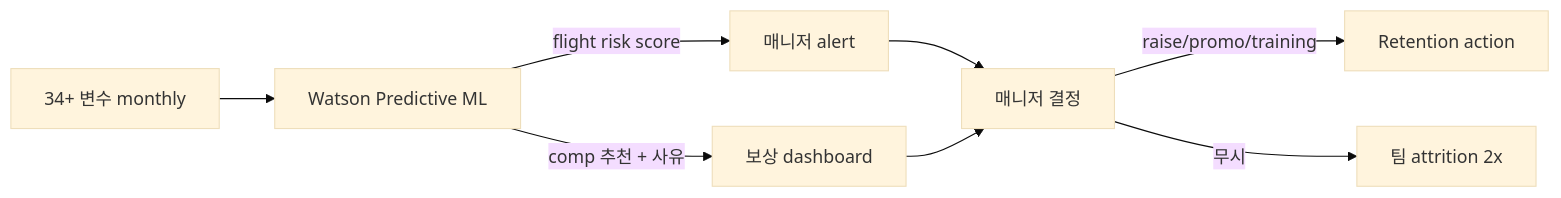
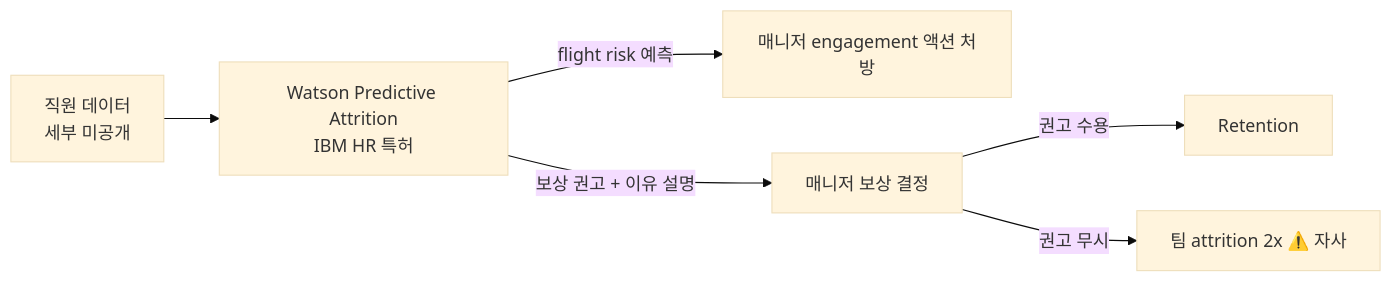
One commit to jameskim1st/hr-ai-benchmark changed the diagram in wiki/usecases/ibm-predictive-attrition-comp-ai.md. Above: the diagram before and after it, drawn with Mermaid (base theme). The commit also changed other lines of this file and 222 other files, not shown here.

````diff
--- a/wiki/usecases/ibm-predictive-attrition-comp-ai.md
+++ b/wiki/usecases/ibm-predictive-attrition-comp-ai.md
@@ -90,10 +92,8 @@
 ```mermaid
 flowchart LR
-    Data[34+ 변수 monthly] --> ML[Watson Predictive ML]
-    ML -->|flight risk score| Alert[매니저 alert]
-    ML -->|comp 추천 + 사유| Comp[보상 dashboard]
-    Alert --> Mgr[매니저 결정]
-    Comp --> Mgr
-    Mgr -->|raise/promo/training| Action[Retention action]
-    Mgr -->|무시| Risk[팀 attrition 2x]
+    Data[직원 데이터<br/>세부 미공개] --> ML[Watson Predictive Attrition<br/>IBM HR 특허]
+    ML -->|flight risk 예측| Alert[매니저 engagement 액션 처방]
+    ML -->|보상 권고 + 이유 설명| Comp[매니저 보상 결정]
+    Comp -->|권고 수용| Action[Retention]
+    Comp -->|권고 무시| Risk[팀 attrition 2x ⚠️ 자사]
 ```
````
